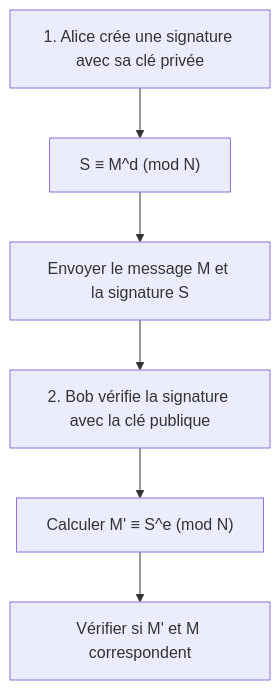
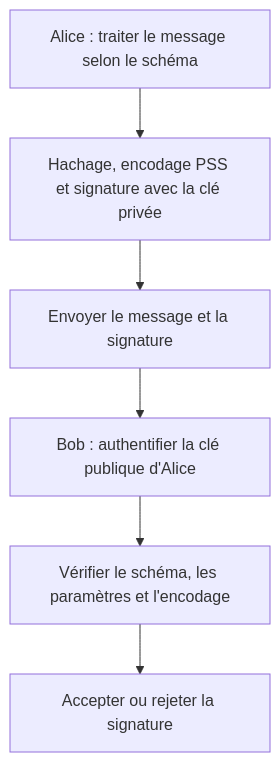
The third of 3 diagrams in content/post/rsa暗号の仕組みを高校生でもわかるように説明する/index.fr.md (kenjinote/blog), drawn with Mermaid before and after one commit. The commit also changed other lines of this file and 5 other files, not shown here.

````diff
--- a/content/post/rsa暗号の仕組みを高校生でもわかるように説明する/index.fr.md
+++ b/content/post/rsa暗号の仕組みを高校生でもわかるように説明する/index.fr.md
@@ -291,9 +169,8 @@
 ```mermaid
 flowchart TD
-    A1["1. Alice crée une signature avec sa clé privée"] --> A2["S ≡ M^d (mod N)"]
-    A2 --> A3["Envoyer le message M et la signature S"]
-    
-    A3 --> B1["2. Bob vérifie la signature avec la clé publique"]
-    B1 --> B2["Calculer M' ≡ S^e (mod N)"]
-    B2 --> B3["Vérifier si M' et M correspondent"]
+    A1["Alice : traiter le message selon le schéma"] --> A2["Hachage, encodage PSS et signature avec la clé privée"]
+    A2 --> A3["Envoyer le message et la signature"]
+    A3 --> B1["Bob : authentifier la clé publique d'Alice"]
+    B1 --> B2["Vérifier le schéma, les paramètres et l'encodage"]
+    B2 --> B3["Accepter ou rejeter la signature"]
 ```
````
